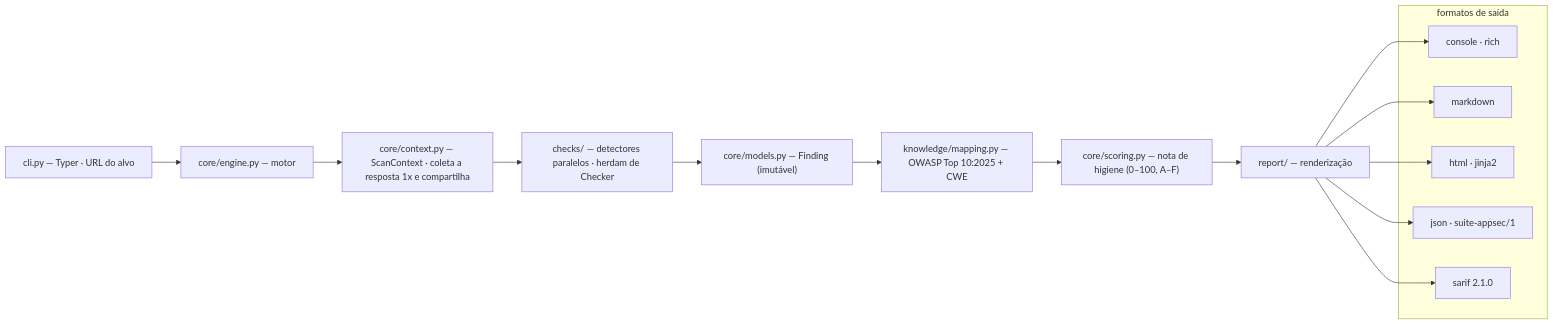
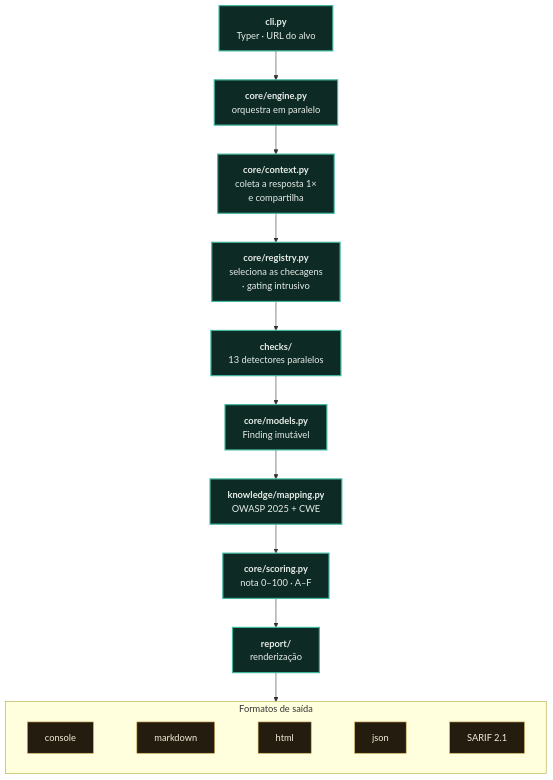
One commit to Paulo-Marcos-Lucio/sentinela changed the diagram in README.md. Above: the diagram before and after it, drawn with Mermaid. The commit also changed other lines of this file, not shown here.

Commit message:
docs(readme): diagrama de arquitetura vertical + badges medidos
Por quê (Frente 1 — diagrama): o antigo `flowchart LR` virava um trilho
horizontal ilegível (rótulos longos, tudo apertado numa linha). Reescrito como
`flowchart TD` vertical, com rótulos curtos em duas linhas (arquivo + o que faz),
os 5 formatos de saída agrupados num subgraph `direction LR` ligado por `~~~`
invisível, e as cores da suíte via classDef (núcleo verde-abismo, saída âmbar).
Reflete a arquitetura real e atual: cli → engine → context → registry → checks
(13 detectores) → models(Finding) → knowledge(OWASP 2025+CWE) → scoring → report.

Por quê (Frente 3 — badges): o topo não mostrava a prova medida. Acrescentados
badges honestos de testes (348 passing) e cobertura (93%, medido 92,6%), além do
badge do CodeQL agora que o workflow existe. Texto de qualidade alinhado (93% e
Dependabot semanal) para não haver número que se contradiga no mesmo README.

````diff
--- a/README.md
+++ b/README.md
@@ -224,22 +227,20 @@
 ```mermaid
-flowchart LR
-    A["cli.py — Typer · URL do alvo"] --> ENG["core/engine.py — motor"]
-    ENG --> CTX["core/context.py — ScanContext · coleta a resposta 1x e compartilha"]
-    CTX --> CHK["checks/ — detectores paralelos · herdam de Checker"]
-    CHK --> FND["core/models.py — Finding (imutável)"]
-    FND --> MAP["knowledge/mapping.py — OWASP Top 10:2025 + CWE"]
-    MAP --> SCO["core/scoring.py — nota de higiene (0–100, A–F)"]
-    SCO --> REP["report/ — renderização"]
-    subgraph "formatos de saída"
-      CON["console · rich"]
-      MD["markdown"]
-      HT["html · jinja2"]
-      JS["json · suite-appsec/1"]
-      SA["sarif 2.1.0"]
+flowchart TD
+    A["<b>cli.py</b><br/>Typer · URL do alvo"] --> ENG["<b>core/engine.py</b><br/>orquestra em paralelo"]
+    ENG --> CTX["<b>core/context.py</b><br/>coleta a resposta 1×<br/>e compartilha"]
+    CTX --> REG["<b>core/registry.py</b><br/>seleciona as checagens<br/>· gating intrusivo"]
+    REG --> CHK["<b>checks/</b><br/>13 detectores paralelos"]
+    CHK --> FND["<b>core/models.py</b><br/>Finding imutável"]
+    FND --> MAP["<b>knowledge/mapping.py</b><br/>OWASP 2025 + CWE"]
+    MAP --> SCO["<b>core/scoring.py</b><br/>nota 0–100 · A–F"]
+    SCO --> REP["<b>report/</b><br/>renderização"]
+    REP --> OUT
+    subgraph OUT [" Formatos de saída "]
+        direction LR
+        CON["console"] ~~~ MD["markdown"] ~~~ HT["html"] ~~~ JS["json"] ~~~ SA["SARIF 2.1"]
     end
-    REP --> CON
-    REP --> MD
-    REP --> HT
-    REP --> JS
-    REP --> SA
+    classDef nucleo fill:#0e2a24,stroke:#3fb79e,stroke-width:2px,color:#e7ede9;
+    classDef saida fill:#241d0f,stroke:#d6a94e,color:#f5ecd9;
+    class A,ENG,CTX,REG,CHK,FND,MAP,SCO,REP nucleo;
+    class CON,MD,HT,JS,SA saida;
 ```
````
